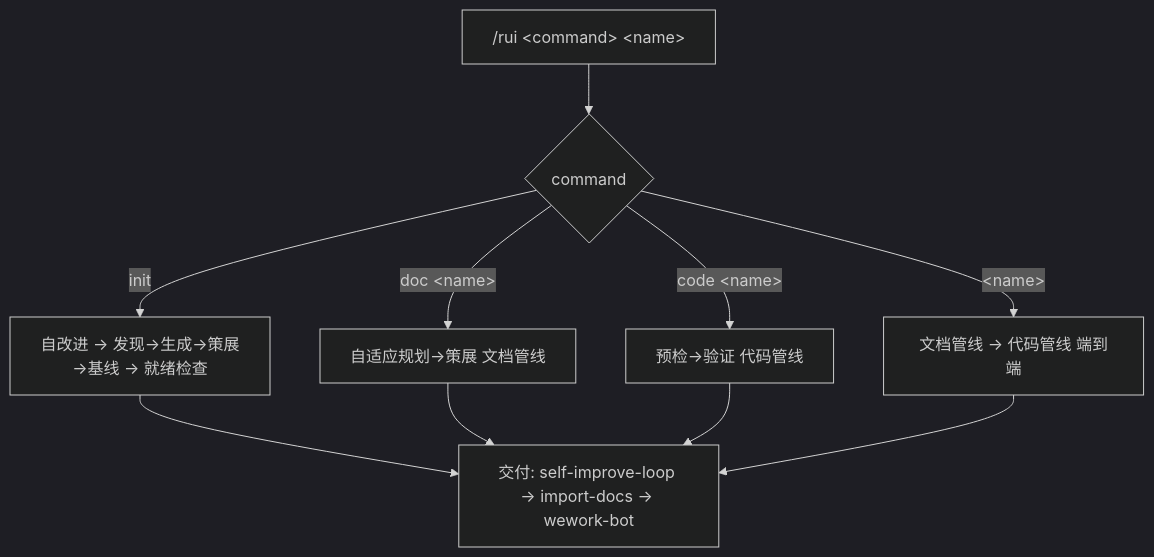
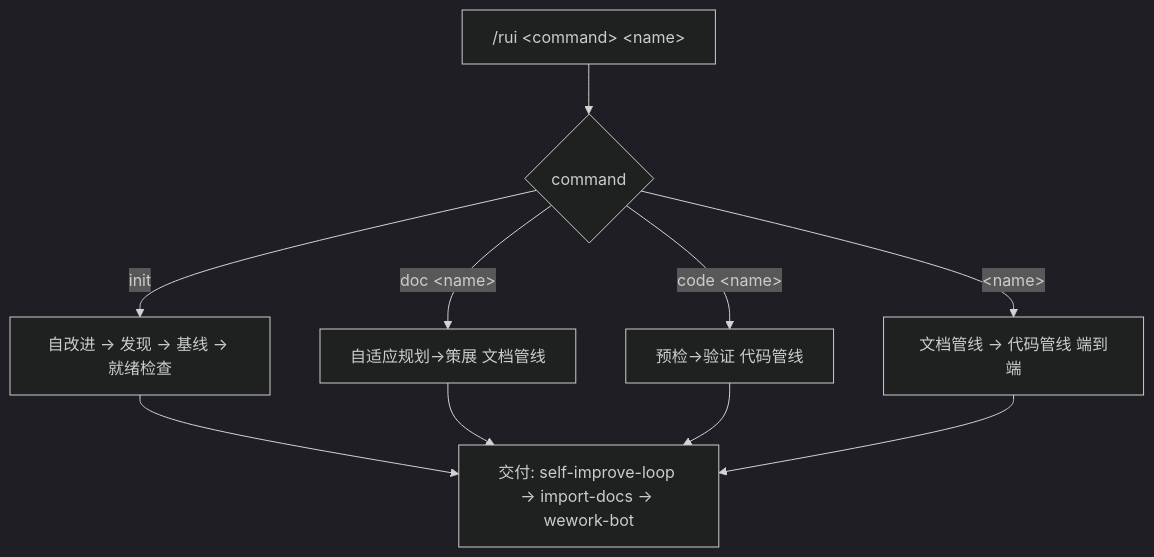
The first of 4 diagrams in skills/rui/SKILL.md (effiy/YrY), drawn with Mermaid (dark theme) before and after one commit. The commit also changed other lines of this file, not shown here.

````diff
--- a/skills/rui/SKILL.md
+++ b/skills/rui/SKILL.md
@@ -14,13 +14,13 @@
 ```mermaid
 flowchart TD
     USER["/rui &lt;command&gt; &lt;name&gt;"] --> ROUTE{command}
-    ROUTE -->|init| INIT["自改进 → 发现→生成→策展→基线 → 就绪检查"]
+    ROUTE -->|init| INIT["自改进 → 发现 → 基线 → 就绪检查"]
     ROUTE -->|doc &lt;name&gt;| DOC["自适应规划→策展 文档管线"]
     ROUTE -->|code &lt;name&gt;| CODE["预检→验证 代码管线"]
     ROUTE -->|&lt;name&gt;| FULL["文档管线 → 代码管线 端到端"]
 
     INIT --> DELIVER["交付: self-improve-loop → import-docs → wework-bot"]
     DOC --> DELIVER
     CODE --> DELIVER
     FULL --> DELIVER
 ```
````
